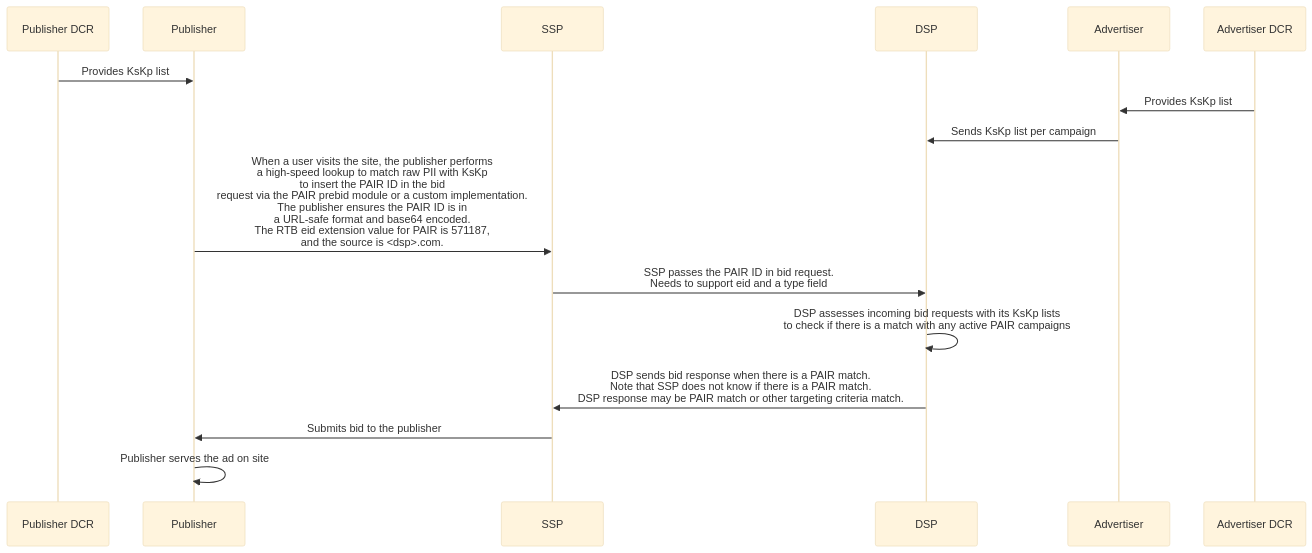
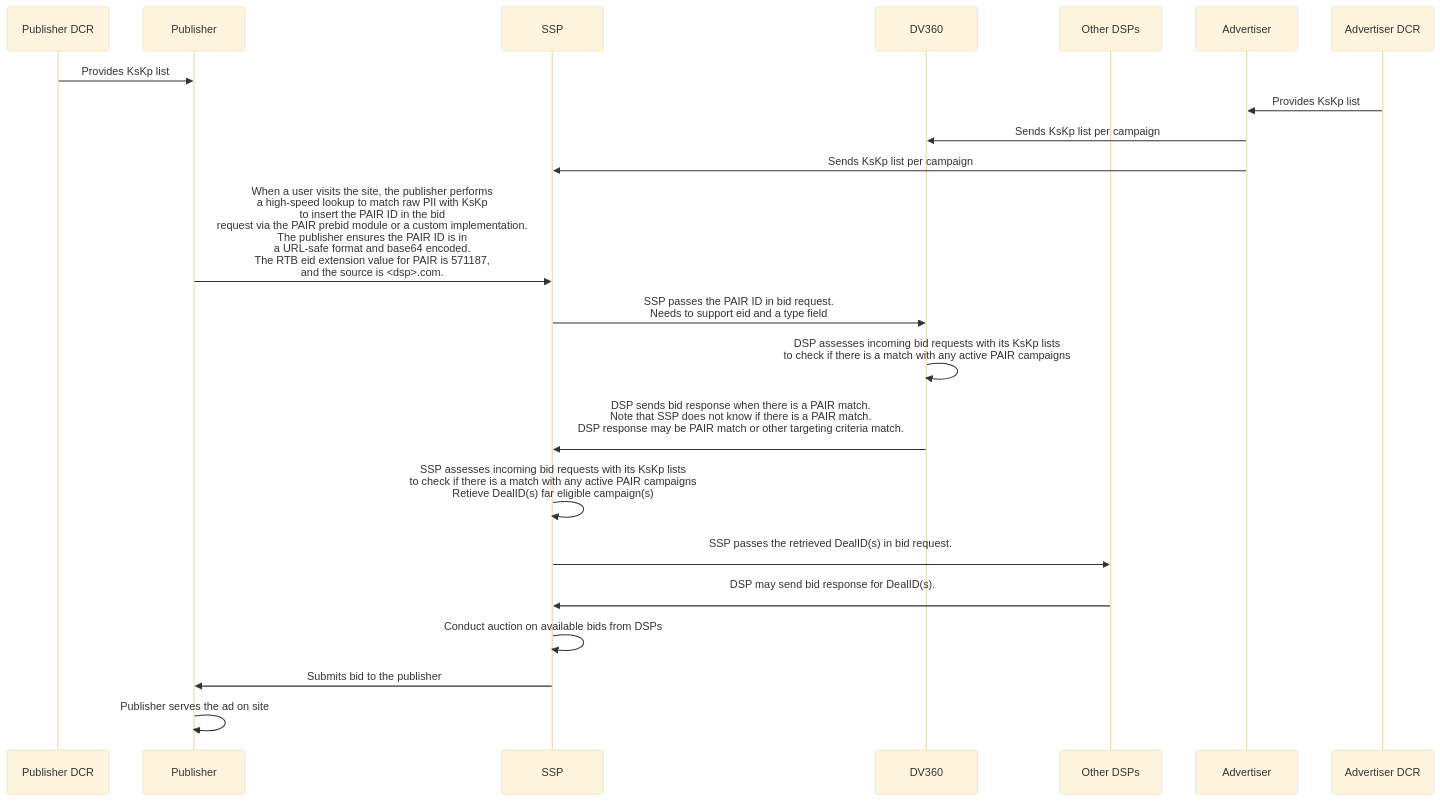
One commit to pm-harshad-mane/Diagrams changed the diagram in PAIR/Activate_In_SSP.md. Above: the diagram before and after it, drawn with Mermaid.

````diff
--- a/PAIR/Activate_In_SSP.md
+++ b/PAIR/Activate_In_SSP.md
@@ -1,25 +1,33 @@
 ```mermaid
 %%{init: {'theme': 'base', 'themeVariables': { 'participantBkgColor': '#f0f0f0', 'participantBorderColor': '#000000' }}}%%
 sequenceDiagram
 
 participant PC as Publisher DCR
 participant Pub as Publisher
 participant SSP
-participant DSP
+participant DSP as DV360
+participant DSP2 as Other DSPs
 participant Adv as Advertiser
 participant AC as Advertiser DCR
 
 PC->>Pub: Provides KsKp list
 AC->>Adv: Provides KsKp list
 Adv->>DSP: Sends KsKp list per campaign
+Adv->>SSP: Sends KsKp list per campaign
 
 Pub->>SSP: When a user visits the site, the publisher performs <br/>a high-speed lookup to match raw PII with KsKp <br/> to insert the PAIR ID in the bid <br/> request via the PAIR prebid module or a custom implementation.<br/>The publisher ensures the PAIR ID is in <br/> a URL-safe format and base64 encoded. <br/>The RTB eid extension value for PAIR is 571187, <br/>and the source is <dsp>.com.
 
 SSP->>DSP: SSP passes the PAIR ID in bid request.<br/> Needs to support eid and a type field
 DSP->>DSP: DSP assesses incoming bid requests with its KsKp lists <br/>to check if there is a match with any active PAIR campaigns
-DSP->>SSP: DSP sends bid response when there is a PAIR match.<br/>Note that SSP does not know if there is a PAIR match.<br/> DSP response may be PAIR match or other targeting criteria match.
+DSP->>SSP: DSP sends bid response when there is a PAIR match.<br/>Note that SSP does not know if there is a PAIR match.<br/> DSP response may be PAIR match or other targeting criteria match.<br/>
+
+SSP->>SSP: SSP assesses incoming bid requests with its KsKp lists <br/>to check if there is a match with any active PAIR campaigns<br/> Retieve DealID(s) far eligible campaign(s)
+SSP->>DSP2: SSP passes the retrieved DealID(s) in bid request.<br/>
+DSP2->>SSP: DSP may send bid response for DealID(s).<br/>
+
+SSP->>SSP: Conduct auction on available bids from DSPs
 
 SSP->>Pub: Submits bid to the publisher
 Pub->>Pub: Publisher serves the ad on site
 
 ```
````
